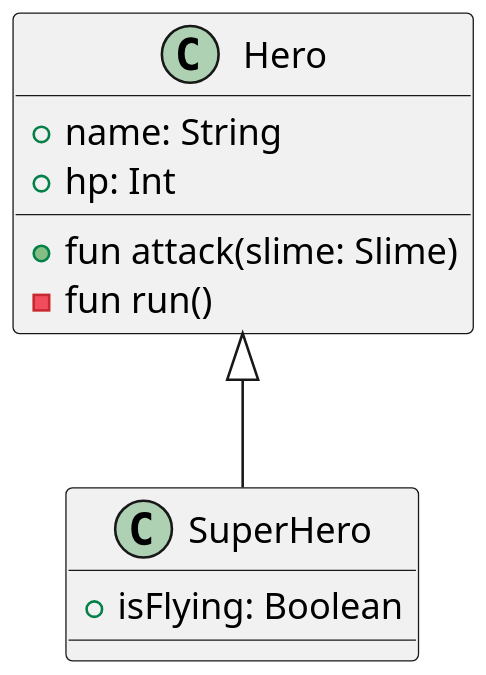
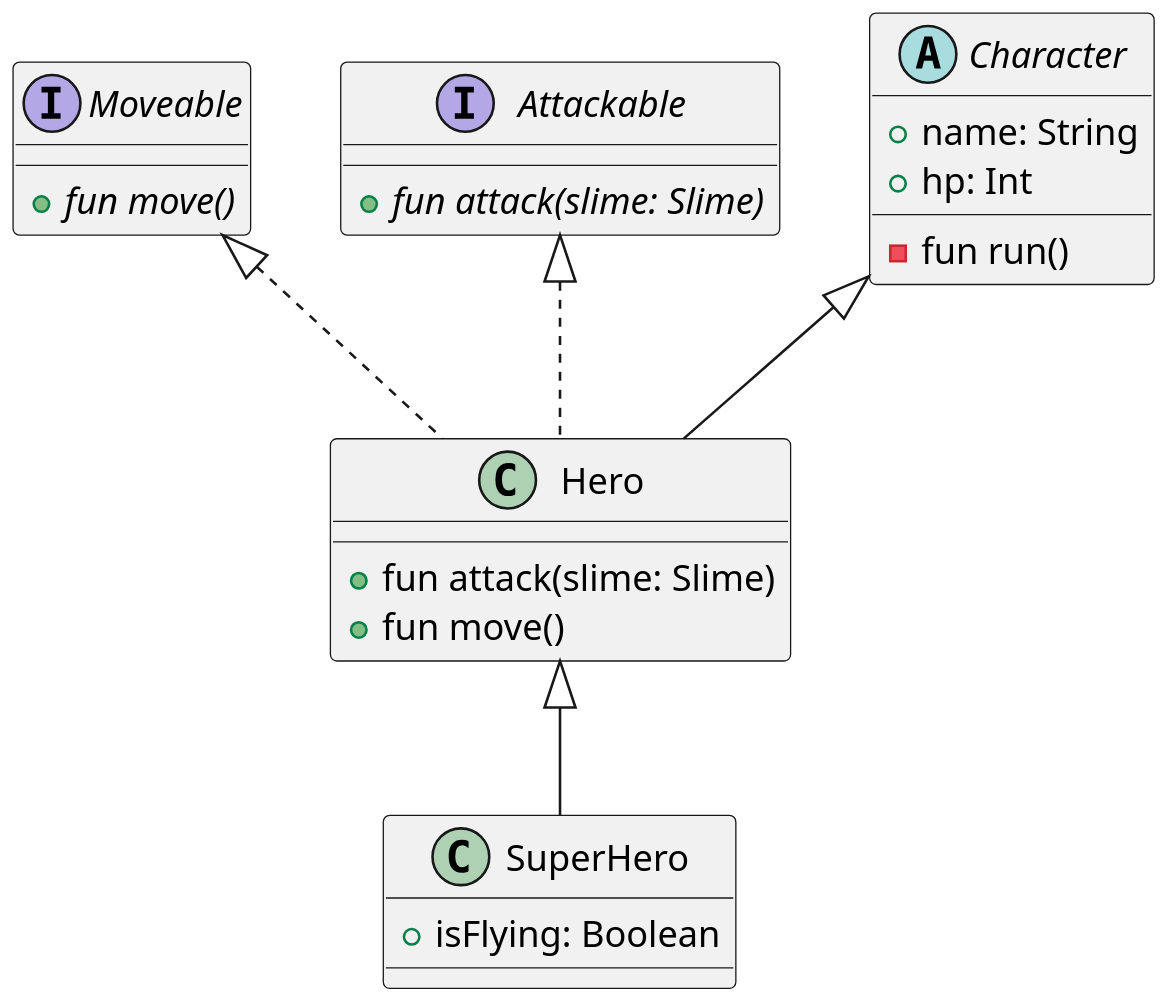
One commit to SurvivalCodingCampus/gangnam2_kotlin_study changed the diagram in src/main/kotlin/com/survivalcoding/kotlinstudy/Game.puml. Above: the diagram before and after it, drawn with PlantUML. The commit also changed 2 other files, not shown here.

```diff
--- a/src/main/kotlin/com/survivalcoding/kotlinstudy/Game.puml
+++ b/src/main/kotlin/com/survivalcoding/kotlinstudy/Game.puml
@@ -1,16 +1,29 @@
 @startuml
 scale 2
 
-class Hero {
+interface Moveable {
+    + {abstract} fun move()
+}
+
+interface Attackable {
+    + {abstract} fun attack(slime: Slime)
+}
+
+abstract class Character {
     + name: String
     + hp: Int
 
+    - fun run()
+}
+
+class Hero extends Character implements Attackable, Moveable {
     + fun attack(slime: Slime)
-    - fun run()
+    + fun move()
 }
 
 class SuperHero extends Hero {
     + isFlying: Boolean
 }
 
+
 @enduml
```
